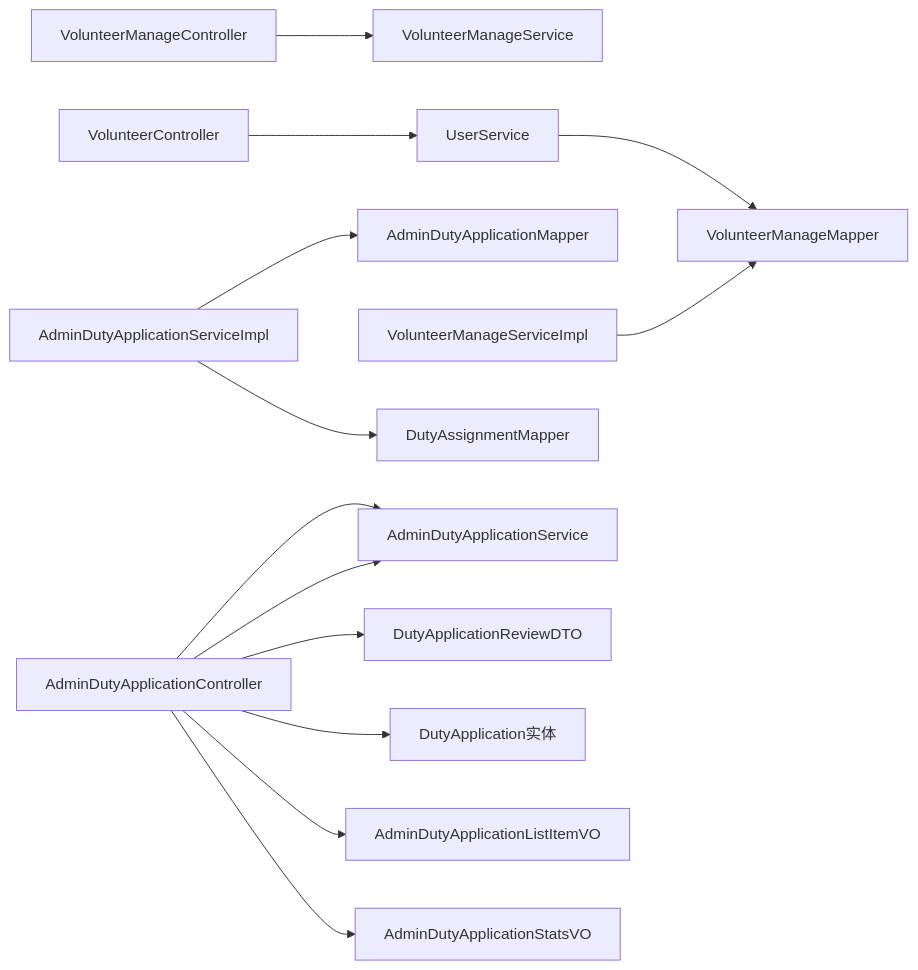
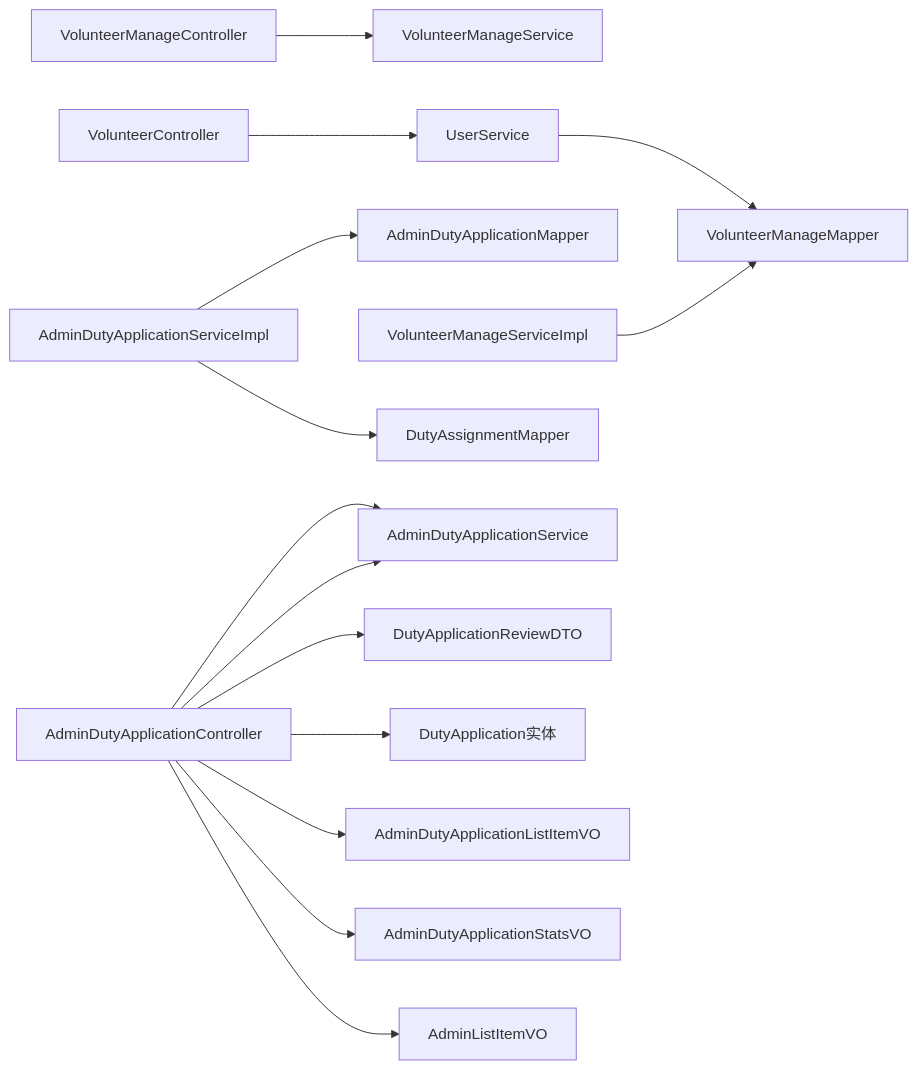
Before and after one commit to gaozihaowin/-: the eighth of 8 diagrams in .qoder/repowiki/zh/content/志愿者管理模块/志愿者管理模块.md, drawn with Mermaid. The commit also changed other lines of this file and 10 other files, not shown here.

````diff
--- a/.qoder/repowiki/zh/content/志愿者管理模块/志愿者管理模块.md
+++ b/.qoder/repowiki/zh/content/志愿者管理模块/志愿者管理模块.md
@@ -436,15 +452,16 @@
 ```mermaid
 graph LR
 VC["VolunteerController"] --> US["UserService"]
 VMC["VolunteerManageController"] --> VMS["VolunteerManageService"]
 ADC["AdminDutyApplicationController"] --> ADSI["AdminDutyApplicationService"]
 VMSImpl["VolunteerManageServiceImpl"] --> VMM["VolunteerManageMapper"]
 ADSIImpl["AdminDutyApplicationServiceImpl"] --> ADM["AdminDutyApplicationMapper"]
 ADSIImpl --> DAM["DutyAssignmentMapper"]
 US --> VMM
 ADC --> ADSI
 ADC --> DARD["DutyApplicationReviewDTO"]
 ADC --> DAE["DutyApplication实体"]
 ADC --> ADLVO["AdminDutyApplicationListItemVO"]
 ADC --> ADSV["AdminDutyApplicationStatsVO"]
+ADC --> ALIVO["AdminListItemVO"]
 ```
````
